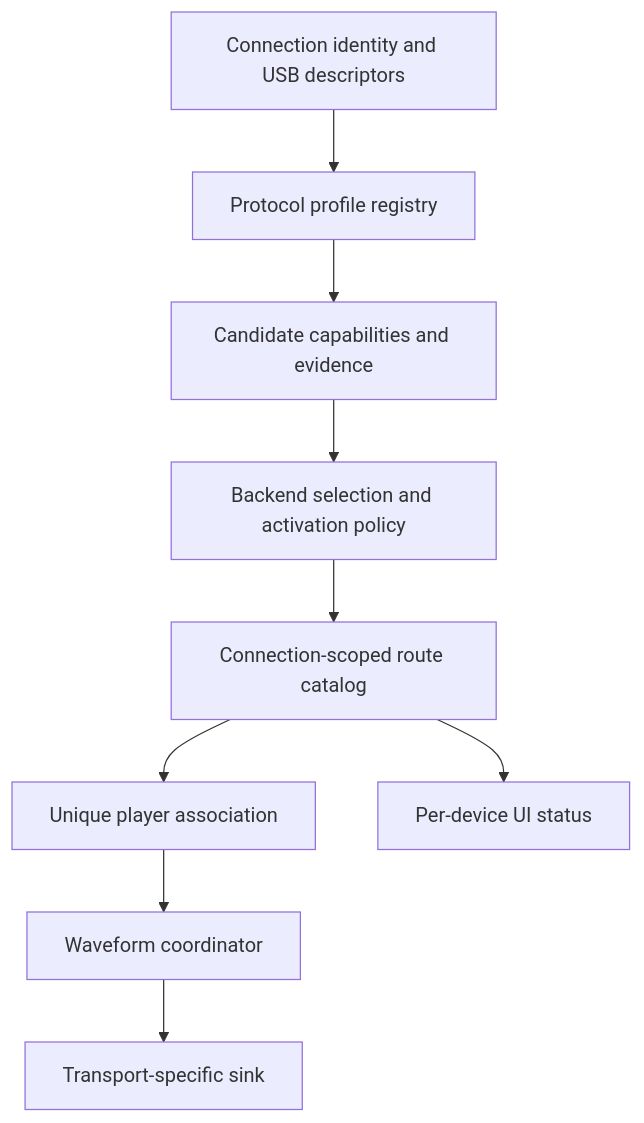
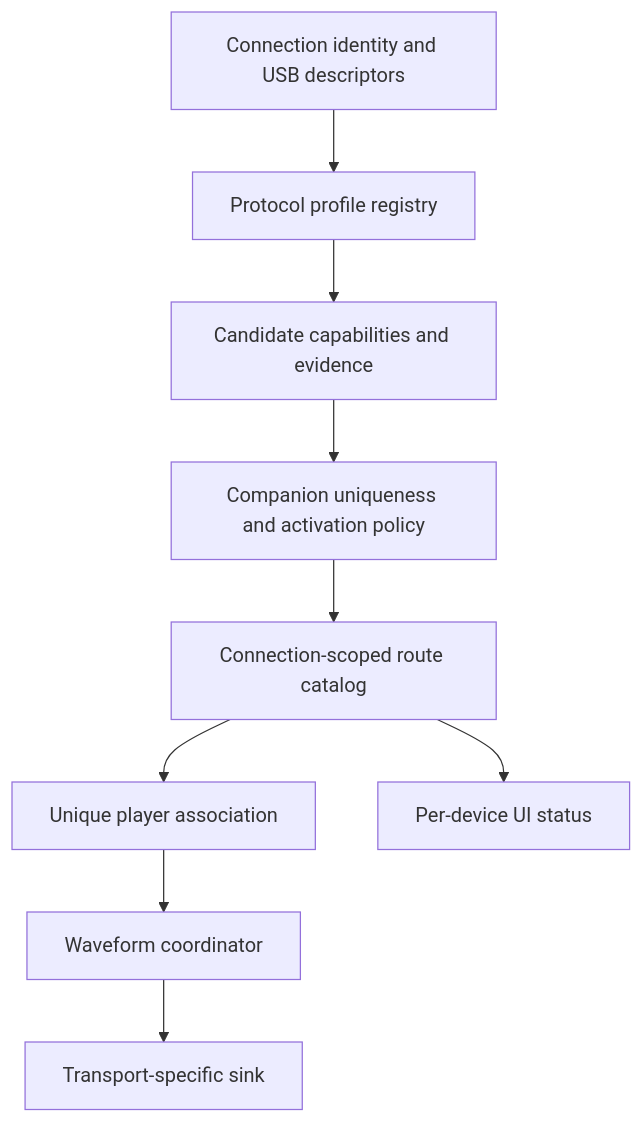
One commit to qiin2333/moonlight-vplus changed the diagram in docs/controller-waveform-haptics.md. Above: the diagram before and after it, drawn with Mermaid. The commit also changed other lines of this file and 4 other files, not shown here.

````diff
--- a/docs/controller-waveform-haptics.md
+++ b/docs/controller-waveform-haptics.md
@@ -29,11 +29,11 @@
 ```mermaid
 flowchart TD
     A[Connection identity and USB descriptors] --> B[Protocol profile registry]
     B --> C[Candidate capabilities and evidence]
-    C --> D[Backend selection and activation policy]
+    C --> D[Companion uniqueness and activation policy]
     D --> E[Connection-scoped route catalog]
     E --> F[Unique player association]
     F --> G[Waveform coordinator]
     G --> H[Transport-specific sink]
     E --> I[Per-device UI status]
 ```
````
